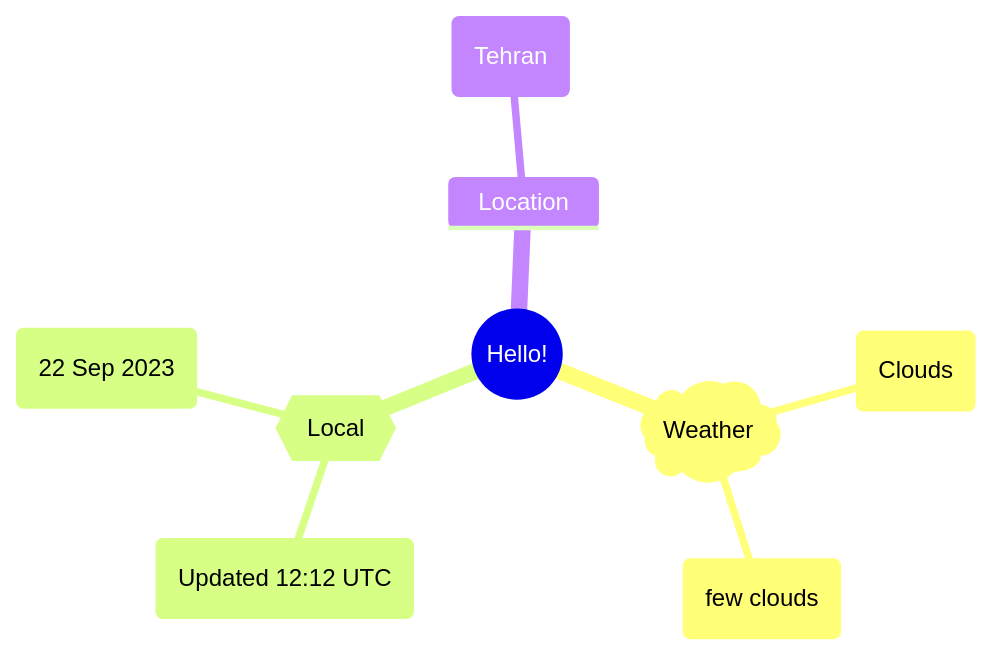
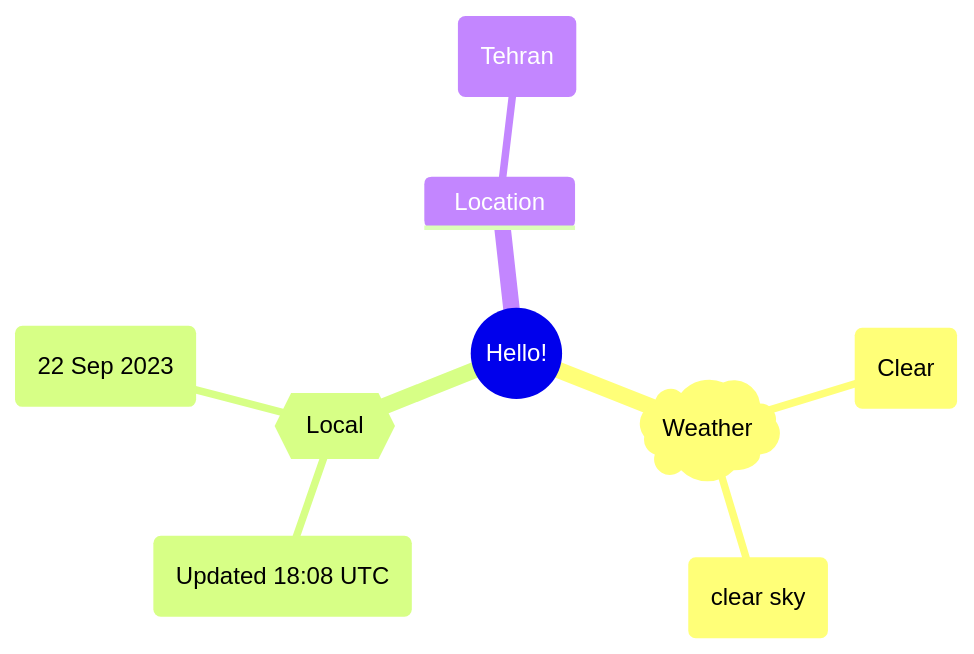
The first of 2 diagrams in README.md (Xosrov/Xosrov), drawn with Mermaid before and after one commit.

Commit message:
[bot] updated images

````diff
--- a/README.md
+++ b/README.md
@@ -3,12 +3,12 @@
 ```mermaid
 mindmap
   root((Hello!))
     )Weather(
-        (Clouds)
-        (few clouds)
+        (Clear)
+        (clear sky)
     {{Local}}
-        (Updated 12:12 UTC)
+        (Updated 18:08 UTC)
         (22 Sep 2023)
     Location
         (Tehran)
 ```
````
